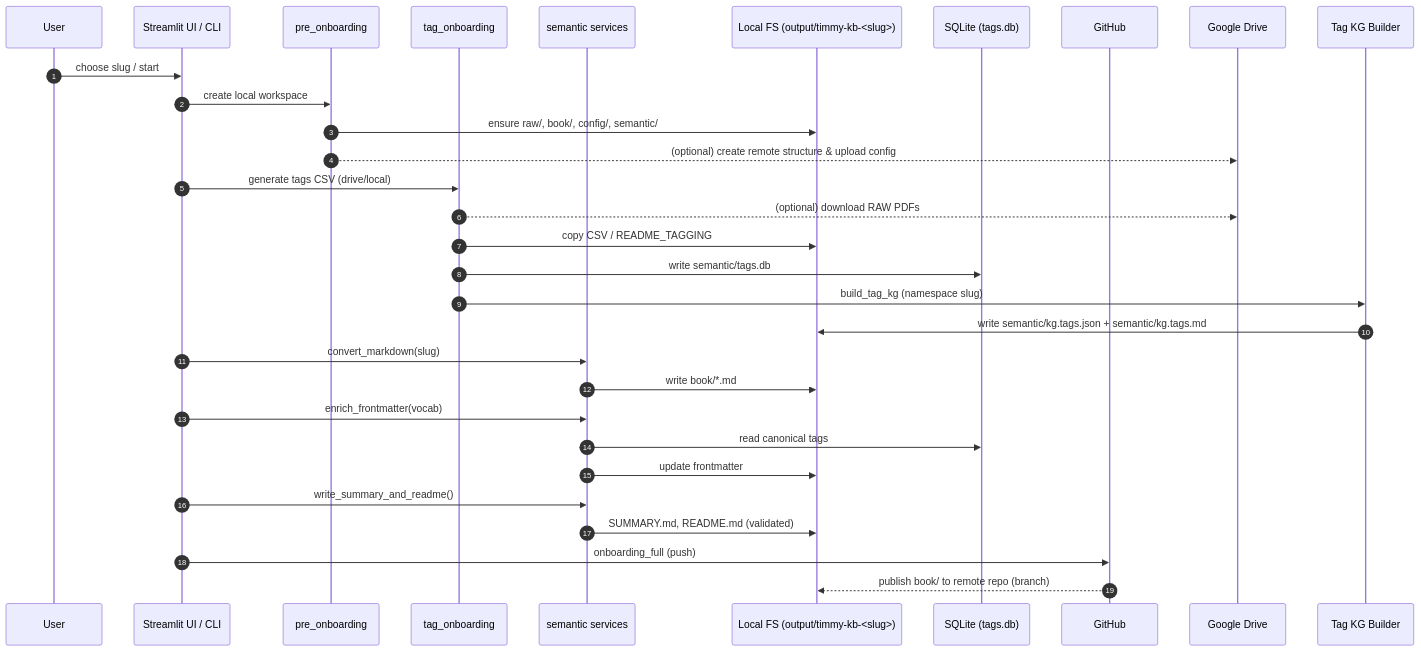
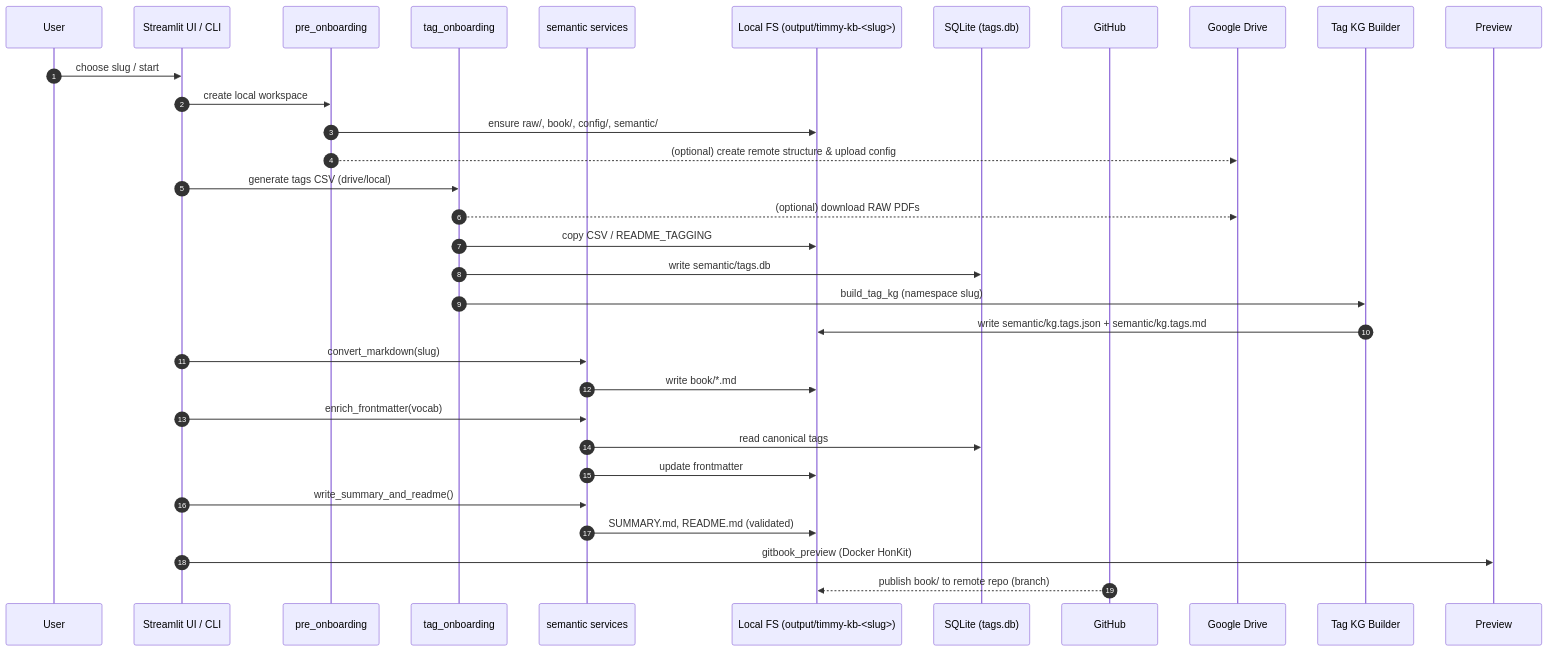
The second of 2 diagrams in system/architecture.md (nextybase/timmy-kb-acme), drawn with Mermaid before and after one commit. The commit also changed other lines of this file and 38 other files, not shown here.

Commit message:
Rimuovi push/publish e allinea su preview Docker

````diff
--- a/system/architecture.md
+++ b/system/architecture.md
@@ -245,73 +245,73 @@
 ```mermaid
 
 sequenceDiagram
 
     autonumber
 
     participant User
 
     participant UI as Streamlit UI / CLI
 
     participant PRE as pre_onboarding
 
     participant TAG as tag_onboarding
 
     participant SEM as semantic services
 
     participant FS as Local FS (output/timmy-kb-<slug>)
 
     participant DB as SQLite (tags.db)
 
     participant GH as GitHub
 
     participant DRV as Google Drive
 
     participant KG as Tag KG Builder
 
 
 
     User->>UI: choose slug / start
 
     UI->>PRE: create local workspace
 
     PRE->>FS: ensure raw/, book/, config/, semantic/
 
     PRE-->>DRV: (optional) create remote structure & upload config
 
 
 
     UI->>TAG: generate tags CSV (drive/local)
 
     TAG-->>DRV: (optional) download RAW PDFs
 
     TAG->>FS: copy CSV / README_TAGGING
 
     TAG->>DB: write semantic/tags.db
 
     TAG->>KG: build_tag_kg (namespace slug)
 
     KG->>FS: write semantic/kg.tags.json + semantic/kg.tags.md
 
 
 
     UI->>SEM: convert_markdown(slug)
 
     SEM->>FS: write book/*.md
 
     UI->>SEM: enrich_frontmatter(vocab)
 
     SEM->>DB: read canonical tags
 
     SEM->>FS: update frontmatter
 
     UI->>SEM: write_summary_and_readme()
 
     SEM->>FS: SUMMARY.md, README.md (validated)
 
 
 
-    UI->>GH: onboarding_full (push)
+    UI->>Preview: gitbook_preview (Docker HonKit)
 
     GH-->>FS: publish book/ to remote repo (branch)
 
 ```
````
